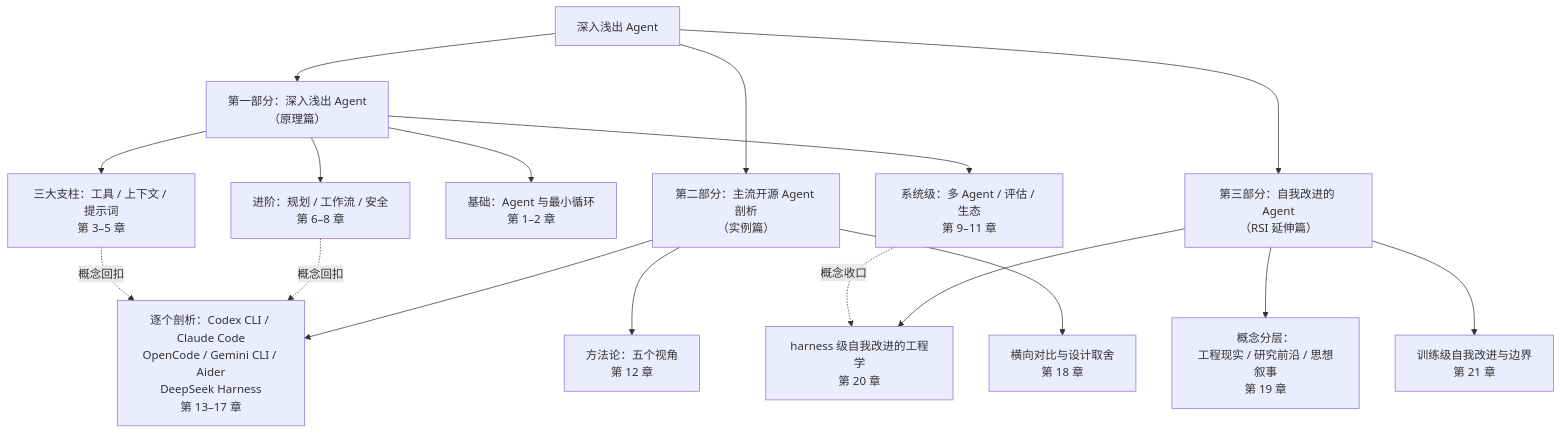
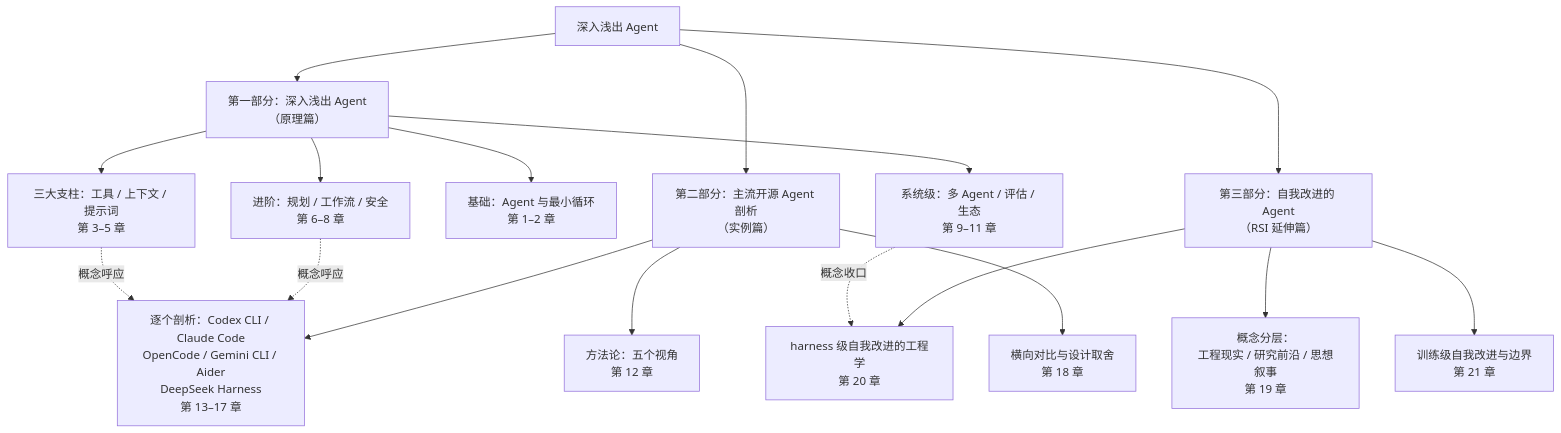
Before and after one commit to chongyi/deep-dive-agents: the diagram in src/README.md, drawn with Mermaid. The commit also changed other lines of this file and 8 other files, not shown here.

````diff
--- a/src/README.md
+++ b/src/README.md
@@ -23,30 +23,30 @@
 ```mermaid
 flowchart TB
     book["深入浅出 Agent"]
 
     p1["第一部分：深入浅出 Agent<br/>（原理篇）"]
     p2["第二部分：主流开源 Agent 剖析<br/>（实例篇）"]
 
     book --> p1
     book --> p2
     book --> p3
 
     p1 --> a["基础：Agent 与最小循环<br/>第 1–2 章"]
     p1 --> b["三大支柱：工具 / 上下文 / 提示词<br/>第 3–5 章"]
     p1 --> c["进阶：规划 / 工作流 / 安全<br/>第 6–8 章"]
     p1 --> d["系统级：多 Agent / 评估 / 生态<br/>第 9–11 章"]
 
     p2 --> e["方法论：五个视角<br/>第 12 章"]
     p2 --> f["逐个剖析：Codex CLI / Claude Code<br/>OpenCode / Gemini CLI / Aider<br/>DeepSeek Harness<br/>第 13–17 章"]
     p2 --> g["横向对比与设计取舍<br/>第 18 章"]
 
     p3["第三部分：自我改进的 Agent<br/>（RSI 延伸篇）"]
 
     p3 --> h["概念分层：<br/>工程现实 / 研究前沿 / 思想叙事<br/>第 19 章"]
     p3 --> i["harness 级自我改进的工程学<br/>第 20 章"]
     p3 --> j["训练级自我改进与边界<br/>第 21 章"]
 
-    c -.概念回扣.-> f
-    b -.概念回扣.-> f
+    c -.概念呼应.-> f
+    b -.概念呼应.-> f
     d -.概念收口.-> i
 ```
````
